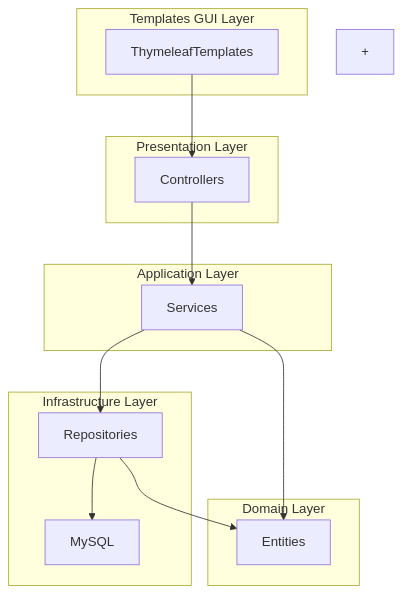
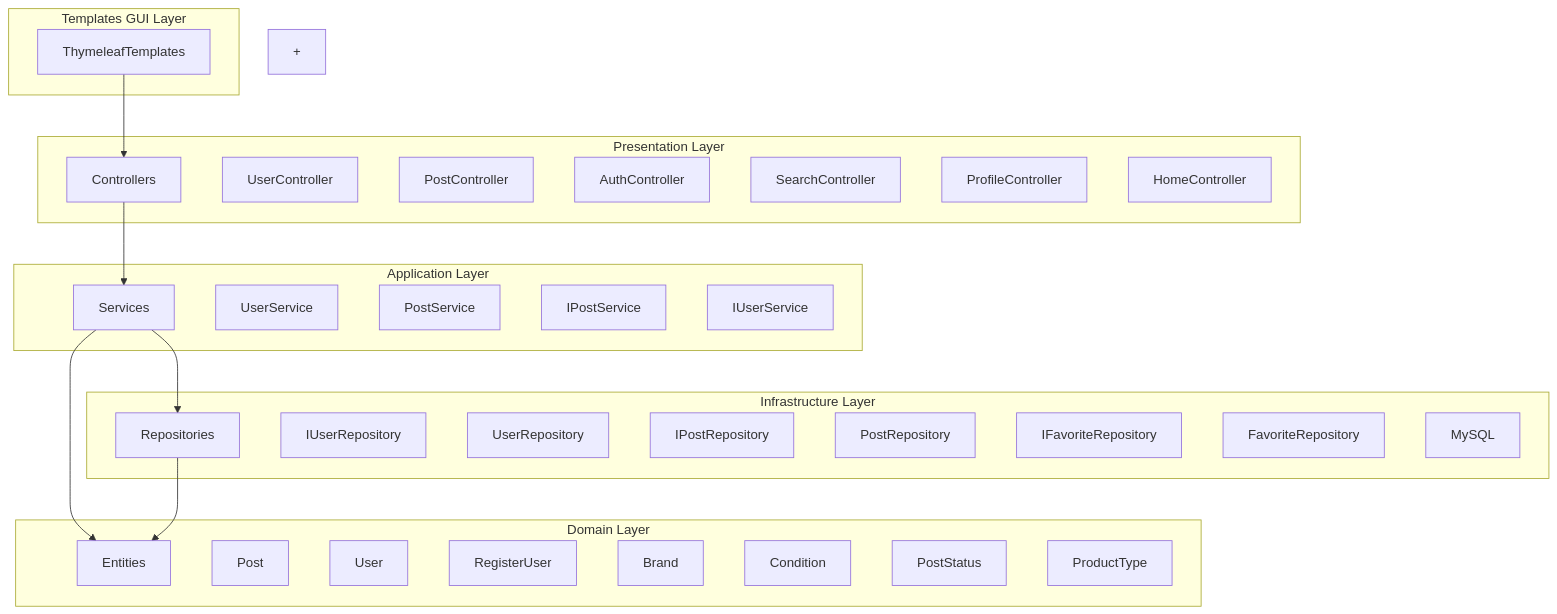
The diagram in Documents/Diagrams/PackageDiagram.md (zealand-cs/Gilbert), drawn with Mermaid before and after one commit. The commit also changed 2 other files, not shown here.

Commit message:
adminpanel stuff worked on

````diff
--- a/Documents/Diagrams/PackageDiagram.md
+++ b/Documents/Diagrams/PackageDiagram.md
@@ -3,33 +3,55 @@
 ```mermaid
 graph TD
 
     subgraph templates [Templates GUI Layer]
         ThymeleafTemplates
     end
 
     subgraph presentation [Presentation Layer]
         Controllers
+        UserController
+        PostController
+        AuthController
+        SearchController
+        ProfileController
+        HomeController
     end
 
     subgraph application [Application Layer]
         Services
+        UserService
+        PostService
+        IPostService
+        IUserService
     end
 
     subgraph domain [Domain Layer]
         Entities
+        Post
+        User
+        RegisterUser
+        Brand
+        Condition
+        PostStatus
+        ProductType
     end
 
     subgraph infrastructure [Infrastructure Layer]
         Repositories
+        IUserRepository
+        UserRepository
+        IPostRepository
+        PostRepository
+        IFavoriteRepository
+        FavoriteRepository
         MySQL
     end
 +
 
   %% Afhængigheder
   ThymeleafTemplates --> Controllers
   Controllers --> Services
   Services --> Entities
   Services --> Repositories
   Repositories --> Entities
-  Repositories --> MySQL
 ```
````
